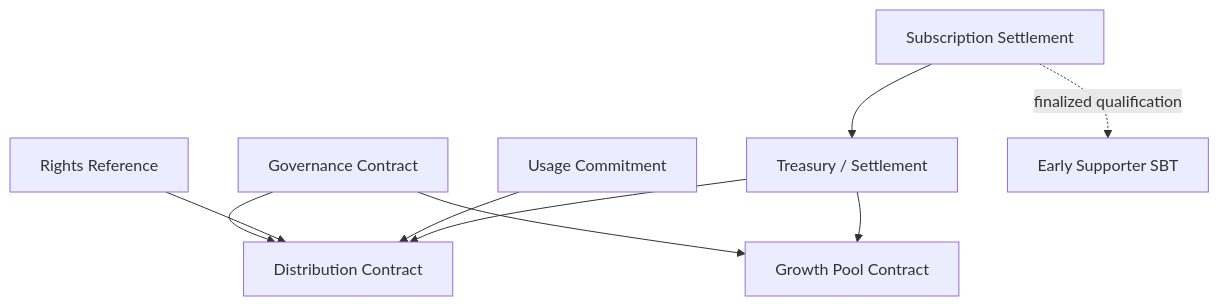
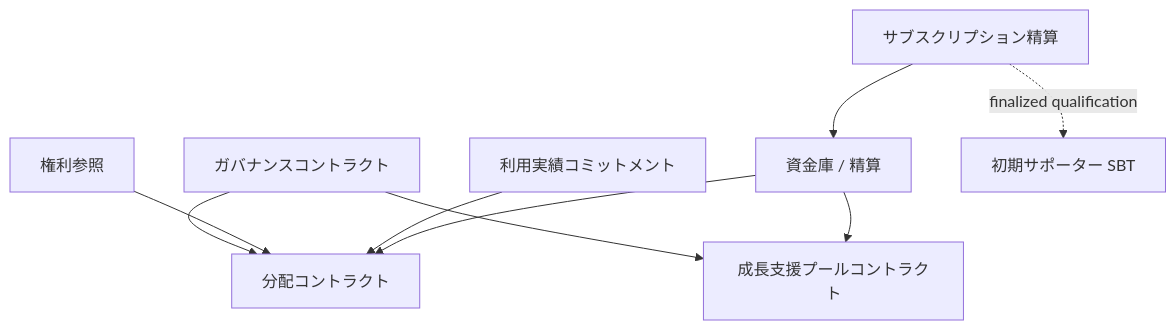
Before and after one commit to ShigeichiroYamasaki/creator-first-platform: diagram 16 of 27 in docs/whitepaper/04-platform-architecture.md, drawn with Mermaid. The commit also changed other lines of this file and 72 other files, not shown here.

````diff
--- a/docs/whitepaper/04-platform-architecture.md
+++ b/docs/whitepaper/04-platform-architecture.md
@@ -534,20 +534,20 @@
 ```mermaid
 flowchart TD
-    GOV[Governance Contract]
-    RIGHTS[Rights Reference]
-    USAGE[Usage Commitment]
-    DIST[Distribution Contract]
-    GROWTH[Growth Pool Contract]
-    TREASURY[Treasury / Settlement]
-    SUBSCRIPTION[Subscription Settlement]
-    SBT[Early Supporter SBT]
+    GOV[ガバナンスコントラクト]
+    RIGHTS[権利参照]
+    USAGE[利用実績コミットメント]
+    DIST[分配コントラクト]
+    GROWTH[成長支援プールコントラクト]
+    TREASURY[資金庫 / 精算]
+    SUBSCRIPTION[サブスクリプション精算]
+    SBT[初期サポーター SBT]
 
     GOV --> DIST
     GOV --> GROWTH
     RIGHTS --> DIST
     USAGE --> DIST
     SUBSCRIPTION --> TREASURY
     SUBSCRIPTION -. finalized qualification .-> SBT
     TREASURY --> DIST
     TREASURY --> GROWTH
 ```
````
